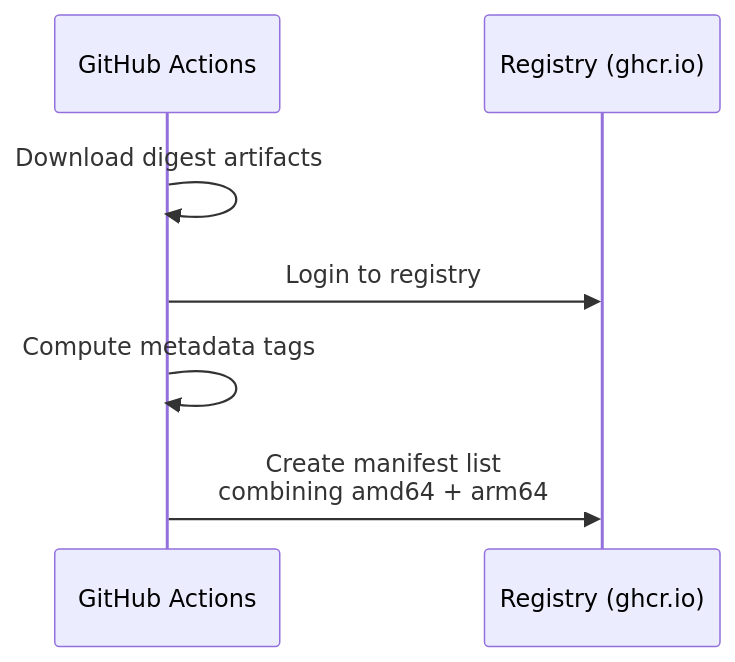
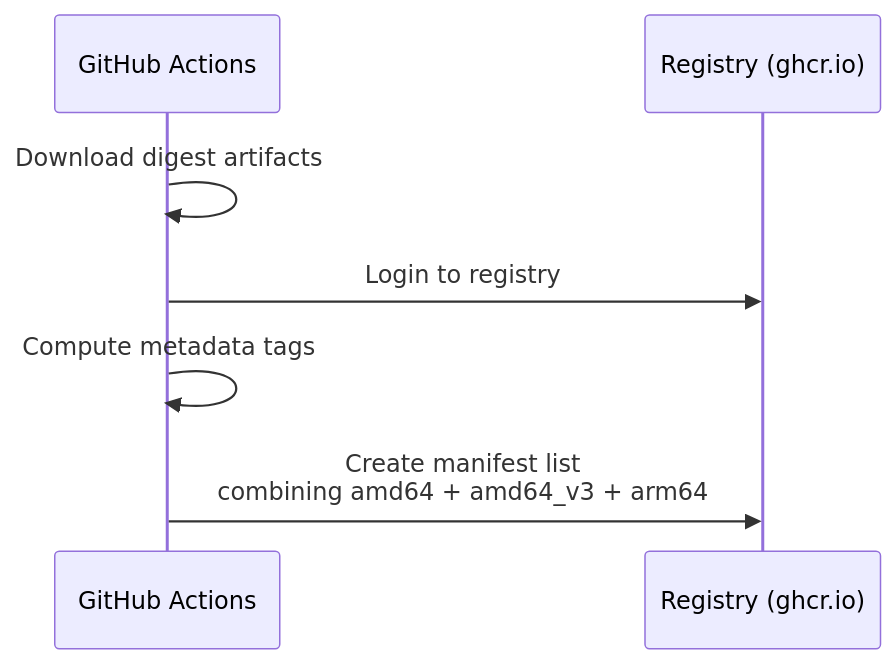
One commit to eic/containers changed the third of 4 diagrams in docs/build-pipeline.md. Above: the diagram before and after it, drawn with Mermaid. The commit also changed other lines of this file and 3 other files, not shown here.

````diff
--- a/docs/build-pipeline.md
+++ b/docs/build-pipeline.md
@@ -85,10 +97,10 @@
 ```mermaid
 sequenceDiagram
     participant GH as GitHub Actions
     participant R as Registry (ghcr.io)
 
     GH->>GH: Download digest artifacts
     GH->>R: Login to registry
     GH->>GH: Compute metadata tags
-    GH->>R: Create manifest list<br/>combining amd64 + arm64
+    GH->>R: Create manifest list<br/>combining amd64 + amd64_v3 + arm64
 ```
````
